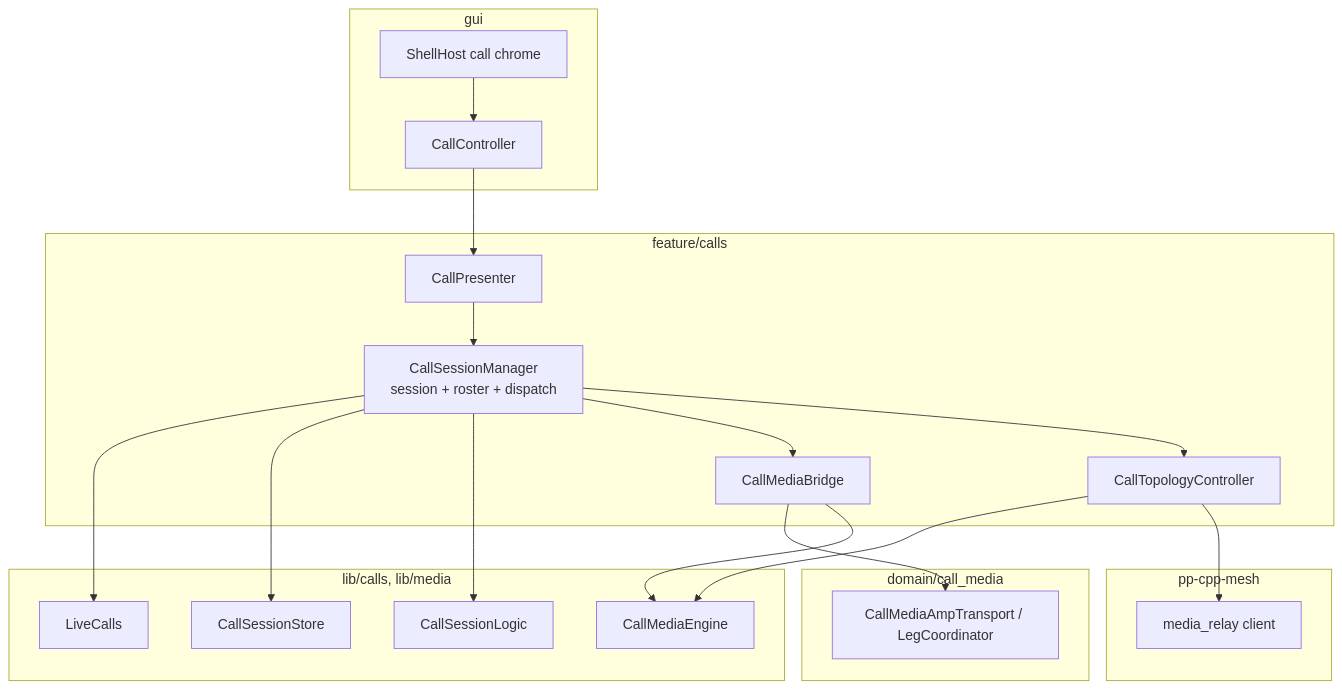
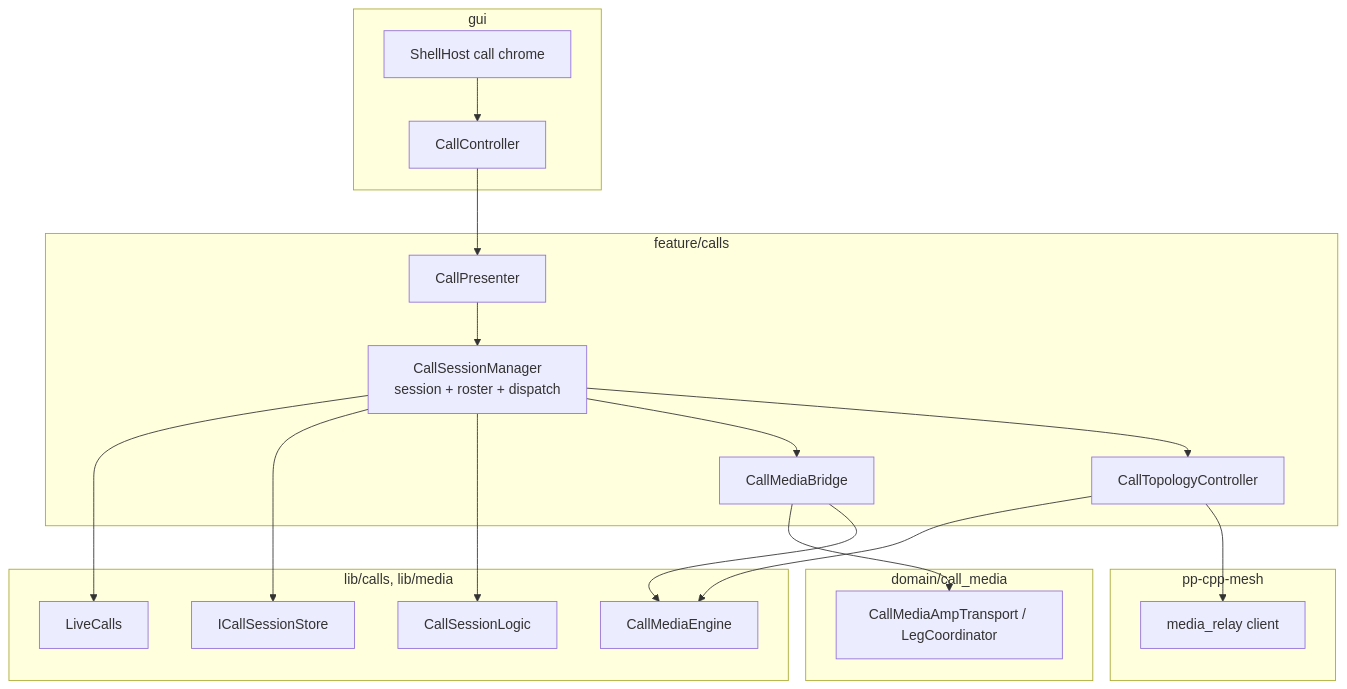
The second of 4 diagrams in docs/architecture/CALLS.md (people-post/pp-browser), drawn with Mermaid before and after one commit. The commit also changed other lines of this file and 60 other files, not shown here.

````diff
--- a/docs/architecture/CALLS.md
+++ b/docs/architecture/CALLS.md
@@ -145,37 +145,37 @@
 ```mermaid
 flowchart TB
   subgraph gui [gui]
     CC[CallController]
     Shell[ShellHost call chrome]
   end
   subgraph feature [feature/calls]
     CP[CallPresenter]
     CSM[CallSessionManager<br/>session + roster + dispatch]
     L2P[CallMediaBridge]
     Topo[CallTopologyController]
   end
   subgraph domain [domain/call_media]
     Amp[CallMediaAmpTransport / LegCoordinator]
   end
   subgraph lib [lib/calls, lib/media]
     Live[LiveCalls]
-    Store[CallSessionStore]
+    Store[ICallSessionStore]
     Logic[CallSessionLogic]
     Eng[CallMediaEngine]
   end
   subgraph mesh [pp-cpp-mesh]
     MR[media_relay client]
   end
   Shell --> CC
   CC --> CP
   CP --> CSM
   CSM --> Live
   CSM --> Store
   CSM --> Logic
   CSM --> L2P
   CSM --> Topo
   L2P --> Amp
   L2P --> Eng
   Topo --> Eng
   Topo --> MR
 ```
````
